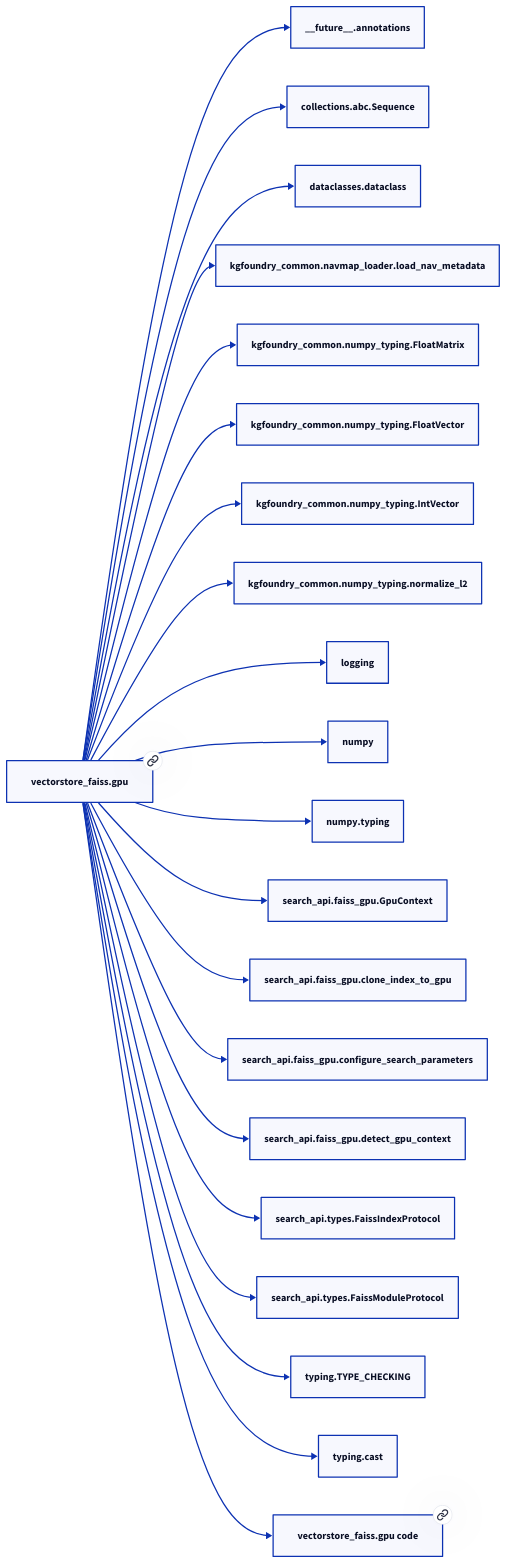
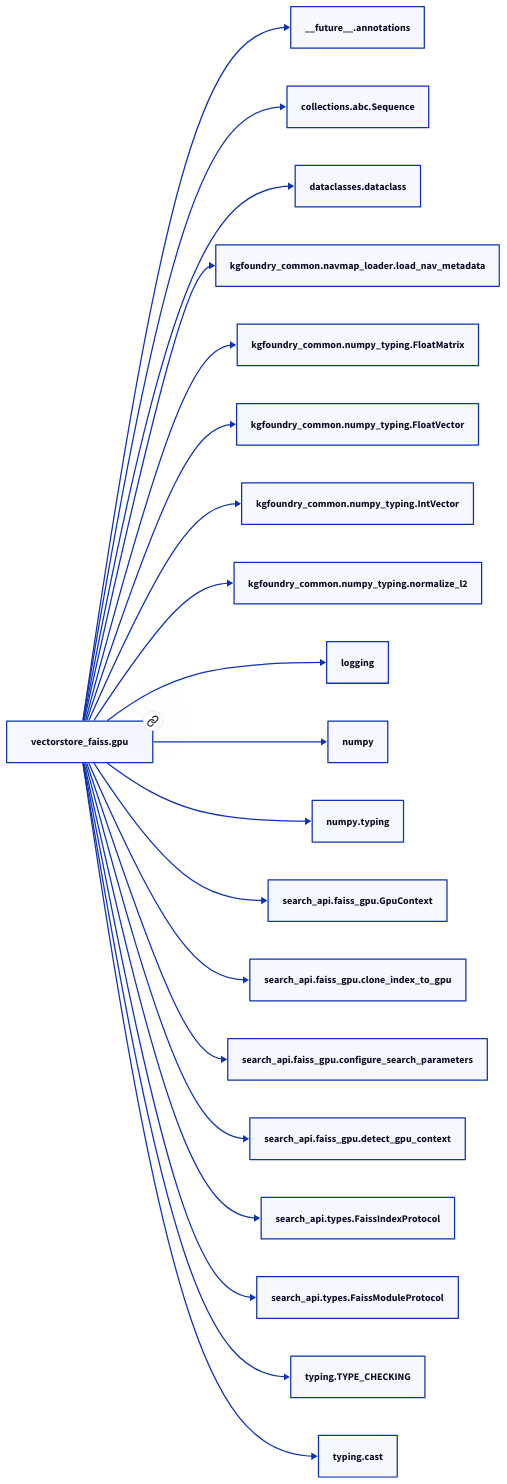
The second of 2 diagrams in docs/modules/vectorstore_faiss/gpu.md (paul-heyse/kgforge), drawn with D2 before and after one commit. The commit also changed other lines of this file and 118 other files, not shown here.

````diff
--- a/docs/modules/vectorstore_faiss/gpu.md
+++ b/docs/modules/vectorstore_faiss/gpu.md
@@ -34,44 +32,42 @@
 ```d2
 direction: right
-"vectorstore_faiss.gpu": "vectorstore_faiss.gpu" { link: "./vectorstore_faiss/gpu.md" }
+"vectorstore_faiss.gpu": "vectorstore_faiss.gpu" { link: "gpu.md" }
 "__future__.annotations": "__future__.annotations"
 "vectorstore_faiss.gpu" -> "__future__.annotations"
 "collections.abc.Sequence": "collections.abc.Sequence"
 "vectorstore_faiss.gpu" -> "collections.abc.Sequence"
 "dataclasses.dataclass": "dataclasses.dataclass"
 "vectorstore_faiss.gpu" -> "dataclasses.dataclass"
 "kgfoundry_common.navmap_loader.load_nav_metadata": "kgfoundry_common.navmap_loader.load_nav_metadata"
 "vectorstore_faiss.gpu" -> "kgfoundry_common.navmap_loader.load_nav_metadata"
 "kgfoundry_common.numpy_typing.FloatMatrix": "kgfoundry_common.numpy_typing.FloatMatrix"
 "vectorstore_faiss.gpu" -> "kgfoundry_common.numpy_typing.FloatMatrix"
 "kgfoundry_common.numpy_typing.FloatVector": "kgfoundry_common.numpy_typing.FloatVector"
 "vectorstore_faiss.gpu" -> "kgfoundry_common.numpy_typing.FloatVector"
 "kgfoundry_common.numpy_typing.IntVector": "kgfoundry_common.numpy_typing.IntVector"
 "vectorstore_faiss.gpu" -> "kgfoundry_common.numpy_typing.IntVector"
 "kgfoundry_common.numpy_typing.normalize_l2": "kgfoundry_common.numpy_typing.normalize_l2"
 "vectorstore_faiss.gpu" -> "kgfoundry_common.numpy_typing.normalize_l2"
 "logging": "logging"
 "vectorstore_faiss.gpu" -> "logging"
 "numpy": "numpy"
 "vectorstore_faiss.gpu" -> "numpy"
 "numpy.typing": "numpy.typing"
 "vectorstore_faiss.gpu" -> "numpy.typing"
 "search_api.faiss_gpu.GpuContext": "search_api.faiss_gpu.GpuContext"
 "vectorstore_faiss.gpu" -> "search_api.faiss_gpu.GpuContext"
 "search_api.faiss_gpu.clone_index_to_gpu": "search_api.faiss_gpu.clone_index_to_gpu"
 "vectorstore_faiss.gpu" -> "search_api.faiss_gpu.clone_index_to_gpu"
 "search_api.faiss_gpu.configure_search_parameters": "search_api.faiss_gpu.configure_search_parameters"
 "vectorstore_faiss.gpu" -> "search_api.faiss_gpu.configure_search_parameters"
 "search_api.faiss_gpu.detect_gpu_context": "search_api.faiss_gpu.detect_gpu_context"
 "vectorstore_faiss.gpu" -> "search_api.faiss_gpu.detect_gpu_context"
 "search_api.types.FaissIndexProtocol": "search_api.types.FaissIndexProtocol"
 "vectorstore_faiss.gpu" -> "search_api.types.FaissIndexProtocol"
 "search_api.types.FaissModuleProtocol": "search_api.types.FaissModuleProtocol"
 "vectorstore_faiss.gpu" -> "search_api.types.FaissModuleProtocol"
 "typing.TYPE_CHECKING": "typing.TYPE_CHECKING"
 "vectorstore_faiss.gpu" -> "typing.TYPE_CHECKING"
 "typing.cast": "typing.cast"
 "vectorstore_faiss.gpu" -> "typing.cast"
-"vectorstore_faiss.gpu_code": "vectorstore_faiss.gpu code" { link: "https://github.com/kgfoundry/kgfoundry/blob/main/src/vectorstore_faiss/gpu.py" }
-"vectorstore_faiss.gpu" -> "vectorstore_faiss.gpu_code" { style: dashed }
 ```
````
